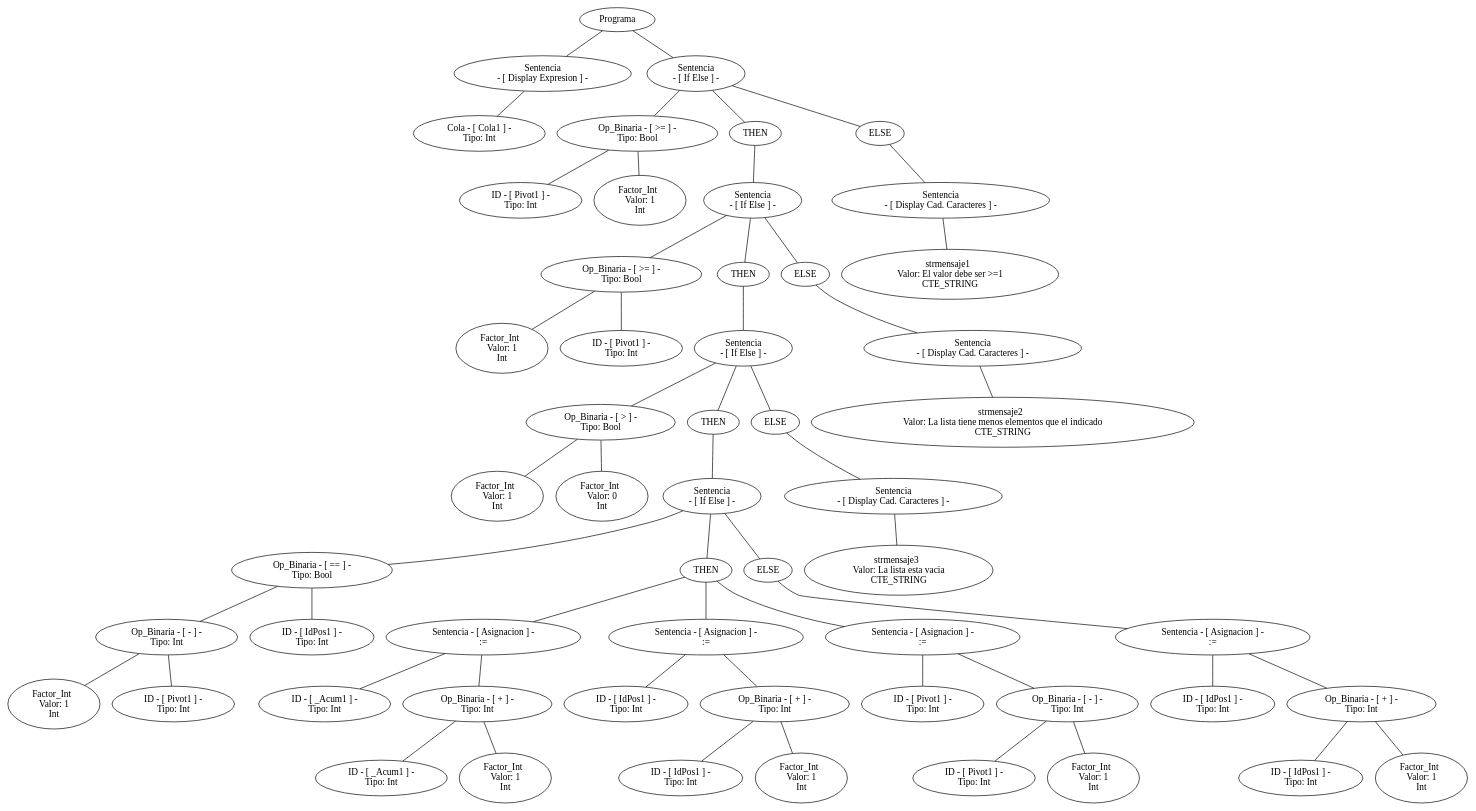
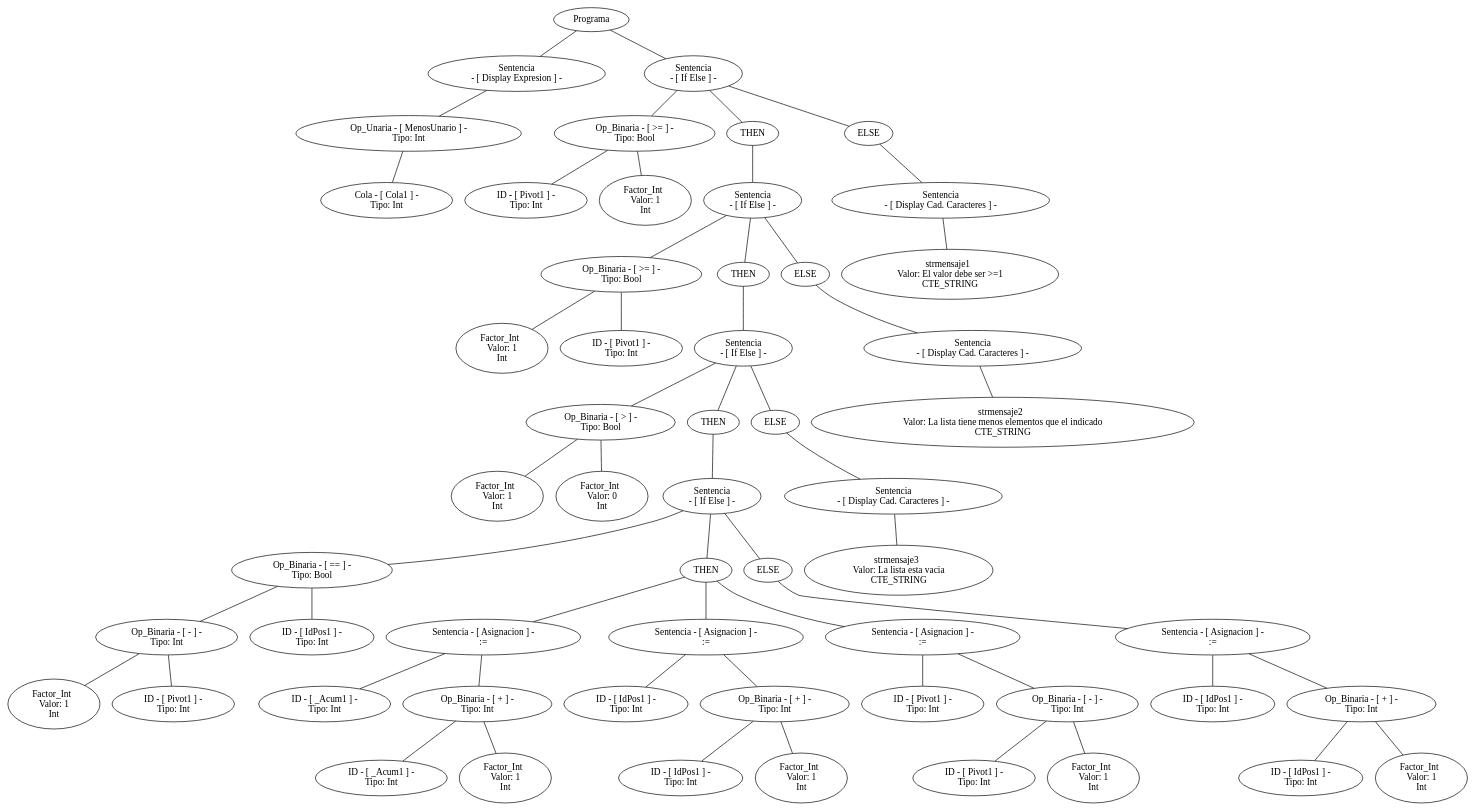
The diagram in arbol.dot (SantiPerez17/Compiladores), drawn with Graphviz before and after one commit. The commit also changed 7 other files, not shown here.

```diff
--- a/arbol.dot
+++ b/arbol.dot
@@ -1,168 +1,171 @@
 graph G {nodo_programa[label="Programa"]
-nodo_178166013[label="Sentencia
+nodo_1106396872[label="Sentencia
  - [ Display Expresion ] -"]
-nodo_programa--nodo_178166013
-nodo_8597687631[label=" Cola - [ Cola1 ] - 
+nodo_programa--nodo_1106396872
+nodo_1612532337[label=" Op_Unaria - [ MenosUnario ] - 
  Tipo: Int"]
-nodo_178166013--nodo_8597687631
-nodo_1153360509[label="Sentencia
+nodo_1106396872--nodo_1612532337
+nodo_13777518681[label=" Cola - [ Cola1 ] - 
+ Tipo: Int"]
+nodo_1612532337--nodo_13777518681
+nodo_1206660229[label="Sentencia
  - [ If Else ] -"]
-nodo_programa--nodo_1153360509
-nodo_1106396872[label=" Op_Binaria - [ >= ] - 
+nodo_programa--nodo_1206660229
+nodo_1187529709[label=" Op_Binaria - [ >= ] - 
  Tipo: Bool"]
-nodo_1153360509--nodo_1106396872
-nodo_61690075[label=" ID - [ Pivot1 ] - 
+nodo_1206660229--nodo_1187529709
+nodo_716849892[label=" ID - [ Pivot1 ] - 
  Tipo: Int"]
-nodo_1106396872--nodo_61690075
-nodo_166321181[label="Factor_Int  
- Valor: 1 
-Int"]
-nodo_1106396872--nodo_166321181
-nodo_11533605091[label="THEN"]
-nodo_1153360509--nodo_11533605091
-nodo_980908631[label="Sentencia
- - [ If Else ] -"]
-nodo_11533605091--nodo_980908631
-nodo_1776336855[label=" Op_Binaria - [ >= ] - 
- Tipo: Bool"]
-nodo_980908631--nodo_1776336855
-nodo_10621368[label="Factor_Int  
- Valor: 1 
-Int"]
-nodo_1776336855--nodo_10621368
-nodo_1206660229[label=" ID - [ Pivot1 ] - 
- Tipo: Int"]
-nodo_1776336855--nodo_1206660229
-nodo_9809086311[label="THEN"]
-nodo_980908631--nodo_9809086311
-nodo_1187529709[label="Sentencia
- - [ If Else ] -"]
-nodo_9809086311--nodo_1187529709
-nodo_716849892[label=" Op_Binaria - [ > ] - 
- Tipo: Bool"]
 nodo_1187529709--nodo_716849892
 nodo_981838298[label="Factor_Int  
  Valor: 1 
 Int"]
-nodo_716849892--nodo_981838298
-nodo_472592907[label="Factor_Int  
+nodo_1187529709--nodo_981838298
+nodo_12066602291[label="THEN"]
+nodo_1206660229--nodo_12066602291
+nodo_472592907[label="Sentencia
+ - [ If Else ] -"]
+nodo_12066602291--nodo_472592907
+nodo_410574152[label=" Op_Binaria - [ >= ] - 
+ Tipo: Bool"]
+nodo_472592907--nodo_410574152
+nodo_1621955009[label="Factor_Int  
+ Valor: 1 
+Int"]
+nodo_410574152--nodo_1621955009
+nodo_2012327799[label=" ID - [ Pivot1 ] - 
+ Tipo: Int"]
+nodo_410574152--nodo_2012327799
+nodo_4725929071[label="THEN"]
+nodo_472592907--nodo_4725929071
+nodo_848257256[label="Sentencia
+ - [ If Else ] -"]
+nodo_4725929071--nodo_848257256
+nodo_1824745836[label=" Op_Binaria - [ > ] - 
+ Tipo: Bool"]
+nodo_848257256--nodo_1824745836
+nodo_1692945964[label="Factor_Int  
+ Valor: 1 
+Int"]
+nodo_1824745836--nodo_1692945964
+nodo_504942545[label="Factor_Int  
  Valor: 0 
 Int"]
-nodo_716849892--nodo_472592907
-nodo_11875297091[label="THEN"]
-nodo_1187529709--nodo_11875297091
-nodo_410574152[label="Sentencia
+nodo_1824745836--nodo_504942545
+nodo_8482572561[label="THEN"]
+nodo_848257256--nodo_8482572561
+nodo_1473869018[label="Sentencia
  - [ If Else ] -"]
-nodo_11875297091--nodo_410574152
-nodo_1621955009[label=" Op_Binaria - [ == ] - 
+nodo_8482572561--nodo_1473869018
+nodo_547811140[label=" Op_Binaria - [ == ] - 
  Tipo: Bool"]
-nodo_410574152--nodo_1621955009
-nodo_2012327799[label=" Op_Binaria - [ - ] - 
+nodo_1473869018--nodo_547811140
+nodo_110713938[label=" Op_Binaria - [ - ] - 
  Tipo: Int"]
-nodo_1621955009--nodo_2012327799
-nodo_848257256[label="Factor_Int  
+nodo_547811140--nodo_110713938
+nodo_1588030743[label="Factor_Int  
  Valor: 1 
 Int"]
-nodo_2012327799--nodo_848257256
-nodo_1824745836[label=" ID - [ Pivot1 ] - 
+nodo_110713938--nodo_1588030743
+nodo_1120185789[label=" ID - [ Pivot1 ] - 
  Tipo: Int"]
-nodo_2012327799--nodo_1824745836
-nodo_1692945964[label=" ID - [ IdPos1 ] - 
+nodo_110713938--nodo_1120185789
+nodo_1427089006[label=" ID - [ IdPos1 ] - 
  Tipo: Int"]
-nodo_1621955009--nodo_1692945964
-nodo_4105741521[label="THEN"]
-nodo_410574152--nodo_4105741521
-nodo_504942545[label="Sentencia - [ Asignacion ] -
+nodo_547811140--nodo_1427089006
+nodo_14738690181[label="THEN"]
+nodo_1473869018--nodo_14738690181
+nodo_423103313[label="Sentencia - [ Asignacion ] -
  :="]
-nodo_4105741521--nodo_504942545
-nodo_1473869018[label=" ID - [ _Acum1 ] - 
+nodo_14738690181--nodo_423103313
+nodo_2081555124[label=" ID - [ _Acum1 ] - 
  Tipo: Int"]
-nodo_504942545--nodo_1473869018
-nodo_547811140[label=" Op_Binaria - [ + ] - 
+nodo_423103313--nodo_2081555124
+nodo_459071950[label=" Op_Binaria - [ + ] - 
  Tipo: Int"]
-nodo_504942545--nodo_547811140
-nodo_110713938[label=" ID - [ _Acum1 ] - 
+nodo_423103313--nodo_459071950
+nodo_868751389[label=" ID - [ _Acum1 ] - 
  Tipo: Int"]
-nodo_547811140--nodo_110713938
-nodo_277895784[label="Factor_Int  
+nodo_459071950--nodo_868751389
+nodo_1889404245[label="Factor_Int  
  Valor: 1 
 Int"]
-nodo_547811140--nodo_277895784
-nodo_1588030743[label="Sentencia - [ Asignacion ] -
+nodo_459071950--nodo_1889404245
+nodo_1794375606[label="Sentencia - [ Asignacion ] -
  :="]
-nodo_4105741521--nodo_1588030743
-nodo_1120185789[label=" ID - [ IdPos1 ] - 
+nodo_14738690181--nodo_1794375606
+nodo_102258686[label=" ID - [ IdPos1 ] - 
  Tipo: Int"]
-nodo_1588030743--nodo_1120185789
-nodo_1427089006[label=" Op_Binaria - [ + ] - 
+nodo_1794375606--nodo_102258686
+nodo_2050393186[label=" Op_Binaria - [ + ] - 
  Tipo: Int"]
-nodo_1588030743--nodo_1427089006
-nodo_423103313[label=" ID - [ IdPos1 ] - 
+nodo_1794375606--nodo_2050393186
+nodo_156066761[label=" ID - [ IdPos1 ] - 
  Tipo: Int"]
-nodo_1427089006--nodo_423103313
-nodo_2081555124[label="Factor_Int  
+nodo_2050393186--nodo_156066761
+nodo_2092315417[label="Factor_Int  
  Valor: 1 
 Int"]
-nodo_1427089006--nodo_2081555124
-nodo_459071950[label="Sentencia - [ Asignacion ] -
+nodo_2050393186--nodo_2092315417
+nodo_945110230[label="Sentencia - [ Asignacion ] -
  :="]
-nodo_4105741521--nodo_459071950
-nodo_868751389[label=" ID - [ Pivot1 ] - 
+nodo_14738690181--nodo_945110230
+nodo_1980676650[label=" ID - [ Pivot1 ] - 
  Tipo: Int"]
-nodo_459071950--nodo_868751389
-nodo_1794375606[label=" Op_Binaria - [ - ] - 
+nodo_945110230--nodo_1980676650
+nodo_348113929[label=" Op_Binaria - [ - ] - 
  Tipo: Int"]
-nodo_459071950--nodo_1794375606
-nodo_102258686[label=" ID - [ Pivot1 ] - 
+nodo_945110230--nodo_348113929
+nodo_1499204476[label=" ID - [ Pivot1 ] - 
  Tipo: Int"]
-nodo_1794375606--nodo_102258686
-nodo_2050393186[label="Factor_Int  
+nodo_348113929--nodo_1499204476
+nodo_1216233229[label="Factor_Int  
  Valor: 1 
 Int"]
-nodo_1794375606--nodo_2050393186
-nodo_4105741522[label="ELSE"]
-nodo_410574152--nodo_4105741522
-nodo_156066761[label="Sentencia - [ Asignacion ] -
+nodo_348113929--nodo_1216233229
+nodo_14738690182[label="ELSE"]
+nodo_1473869018--nodo_14738690182
+nodo_1268913090[label="Sentencia - [ Asignacion ] -
  :="]
-nodo_4105741522--nodo_156066761
-nodo_2092315417[label=" ID - [ IdPos1 ] - 
+nodo_14738690182--nodo_1268913090
+nodo_555176251[label=" ID - [ IdPos1 ] - 
  Tipo: Int"]
-nodo_156066761--nodo_2092315417
-nodo_945110230[label=" Op_Binaria - [ + ] - 
+nodo_1268913090--nodo_555176251
+nodo_413772174[label=" Op_Binaria - [ + ] - 
  Tipo: Int"]
-nodo_156066761--nodo_945110230
-nodo_1980676650[label=" ID - [ IdPos1 ] - 
+nodo_1268913090--nodo_413772174
+nodo_555121601[label=" ID - [ IdPos1 ] - 
  Tipo: Int"]
-nodo_945110230--nodo_1980676650
-nodo_348113929[label="Factor_Int  
+nodo_413772174--nodo_555121601
+nodo_2062630946[label="Factor_Int  
  Valor: 1 
 Int"]
-nodo_945110230--nodo_348113929
-nodo_11875297092[label="ELSE"]
-nodo_1187529709--nodo_11875297092
-nodo_1499204476[label="Sentencia
+nodo_413772174--nodo_2062630946
+nodo_8482572562[label="ELSE"]
+nodo_848257256--nodo_8482572562
+nodo_1635010766[label="Sentencia
  - [ Display Cad. Caracteres ] -"]
-nodo_11875297092--nodo_1499204476
-nodo_1216233229[label="strmensaje3  
+nodo_8482572562--nodo_1635010766
+nodo_885287095[label="strmensaje3  
  Valor: La lista esta vacia 
 CTE_STRING"]
-nodo_1499204476--nodo_1216233229
-nodo_9809086312[label="ELSE"]
-nodo_980908631--nodo_9809086312
-nodo_1268913090[label="Sentencia
+nodo_1635010766--nodo_885287095
+nodo_4725929072[label="ELSE"]
+nodo_472592907--nodo_4725929072
+nodo_647939485[label="Sentencia
  - [ Display Cad. Caracteres ] -"]
-nodo_9809086312--nodo_1268913090
-nodo_555176251[label="strmensaje2  
+nodo_4725929072--nodo_647939485
+nodo_1444831548[label="strmensaje2  
  Valor: La lista tiene menos elementos que el indicado 
 CTE_STRING"]
-nodo_1268913090--nodo_555176251
-nodo_11533605092[label="ELSE"]
-nodo_1153360509--nodo_11533605092
-nodo_413772174[label="Sentencia
+nodo_647939485--nodo_1444831548
+nodo_12066602292[label="ELSE"]
+nodo_1206660229--nodo_12066602292
+nodo_359620873[label="Sentencia
  - [ Display Cad. Caracteres ] -"]
-nodo_11533605092--nodo_413772174
-nodo_555121601[label="strmensaje1  
+nodo_12066602292--nodo_359620873
+nodo_41497283[label="strmensaje1  
  Valor: El valor debe ser >=1 
 CTE_STRING"]
-nodo_413772174--nodo_555121601
+nodo_359620873--nodo_41497283
 }
```
